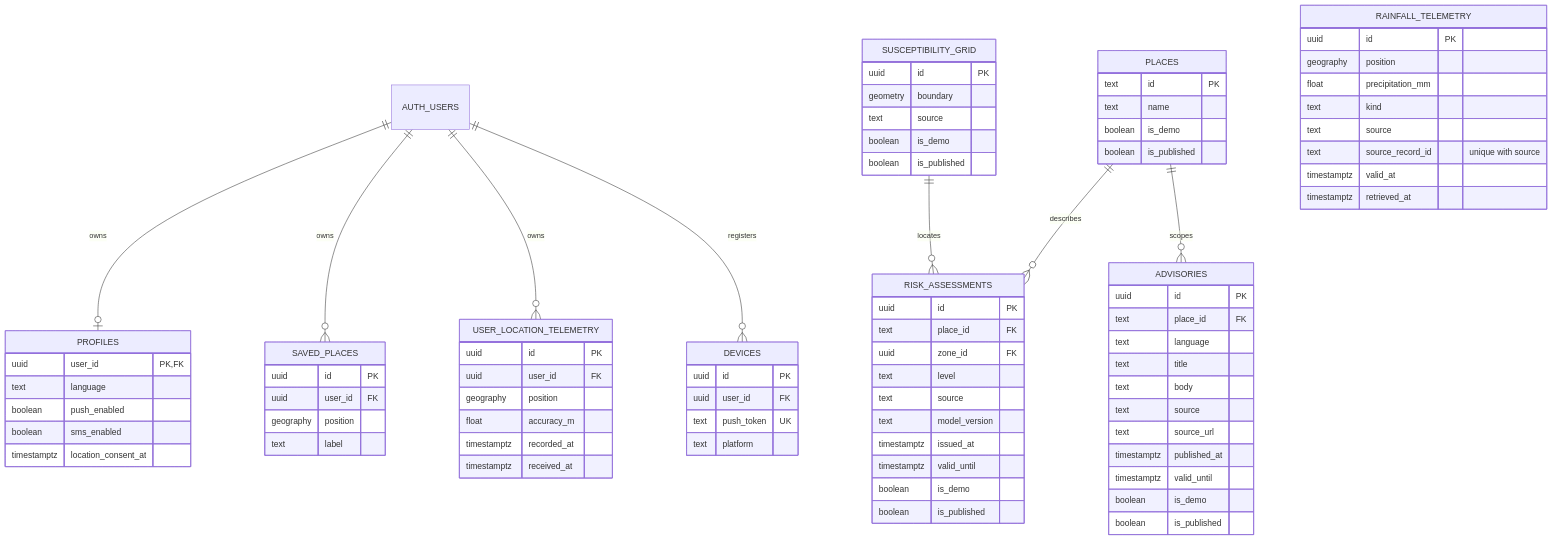
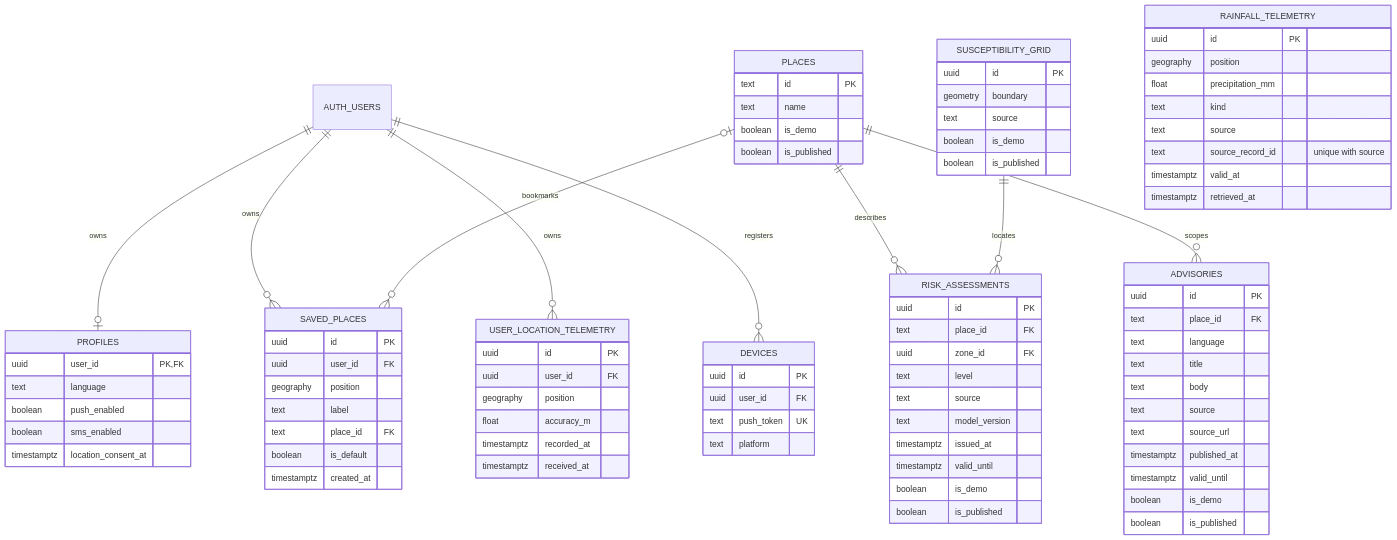
The diagram in supabase/README.md (princessimelda/AutomatedFloodAlert), drawn with Mermaid before and after one commit. The commit also changed other lines of this file and 1 other file, not shown here.

Commit message:
docs(db): complete spatial schema design
Document implemented records and proposed routing, alert delivery and assistant relationships, constraints, access and retention. Keep planned tables distinct from deployed migrations. Closes #6.

```diff
--- a/supabase/README.md
+++ b/supabase/README.md
@@ -10,6 +14,7 @@
   AUTH_USERS ||--o{ SAVED_PLACES : owns
   AUTH_USERS ||--o{ USER_LOCATION_TELEMETRY : owns
   AUTH_USERS ||--o{ DEVICES : registers
+  PLACES |o--o{ SAVED_PLACES : bookmarks
   PLACES ||--o{ RISK_ASSESSMENTS : describes
   SUSCEPTIBILITY_GRID ||--o{ RISK_ASSESSMENTS : locates
   PLACES ||--o{ ADVISORIES : scopes
@@ -25,6 +30,9 @@
     uuid user_id FK
     geography position
     text label
+    text place_id FK
+    boolean is_default
+    timestamptz created_at
   }
   USER_LOCATION_TELEMETRY {
     uuid id PK
```
